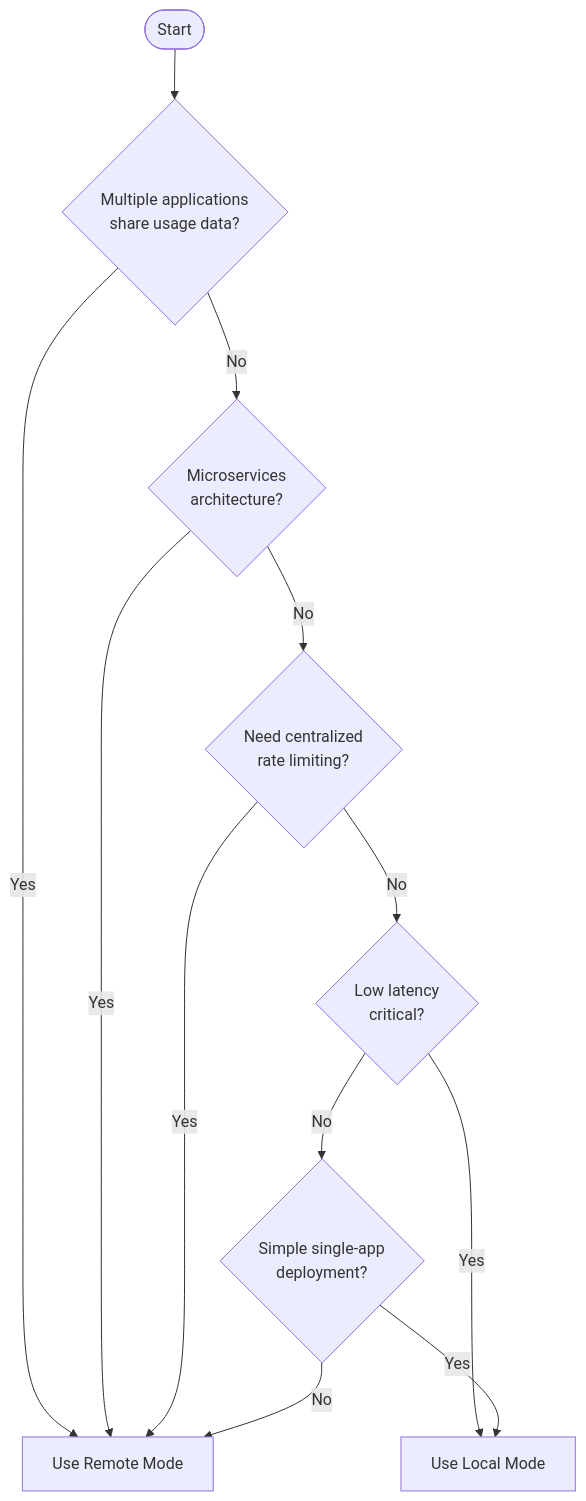
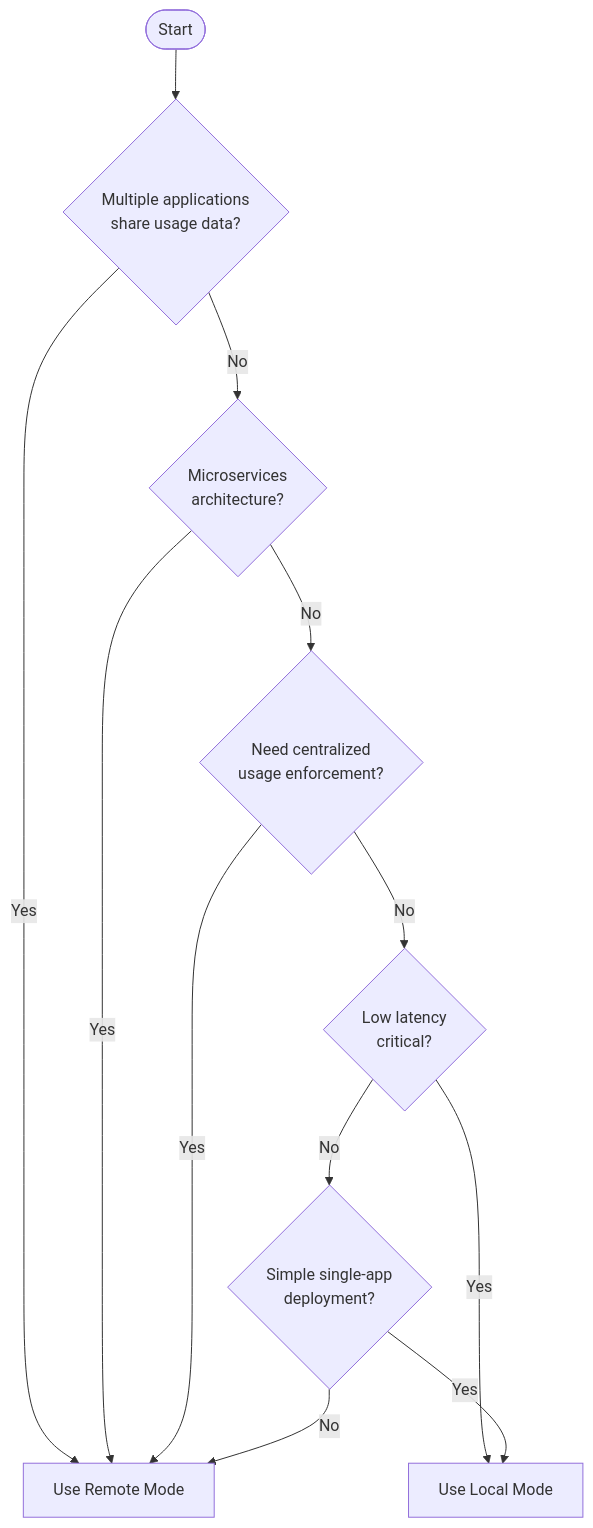
Before and after one commit to terpomo-io/pmitz: the sixth of 6 diagrams in docs/local-vs-remote-modes.md, drawn with Mermaid. The commit also changed other lines of this file and 6 other files, not shown here.

````diff
--- a/docs/local-vs-remote-modes.md
+++ b/docs/local-vs-remote-modes.md
@@ -250,14 +268,14 @@
 ```mermaid
 flowchart TD
     Start([Start]) --> Q1{Multiple applications<br/>share usage data?}
     Q1 -->|Yes| Remote[Use Remote Mode]
     Q1 -->|No| Q2{Microservices<br/>architecture?}
     Q2 -->|Yes| Remote
-    Q2 -->|No| Q3{Need centralized<br/>rate limiting?}
+    Q2 -->|No| Q3{Need centralized<br/>usage enforcement?}
     Q3 -->|Yes| Remote
     Q3 -->|No| Q4{Low latency<br/>critical?}
     Q4 -->|Yes| Local[Use Local Mode]
     Q4 -->|No| Q5{Simple single-app<br/>deployment?}
     Q5 -->|Yes| Local
     Q5 -->|No| Remote
 ```
````
